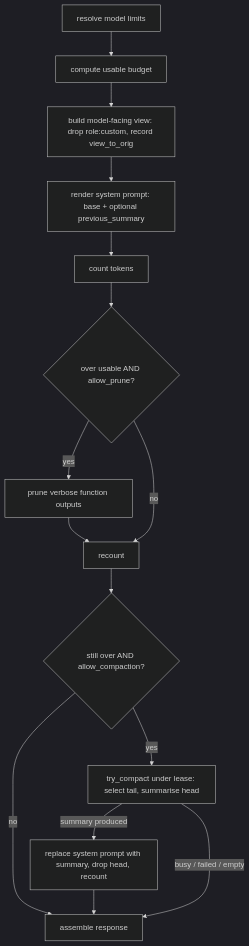
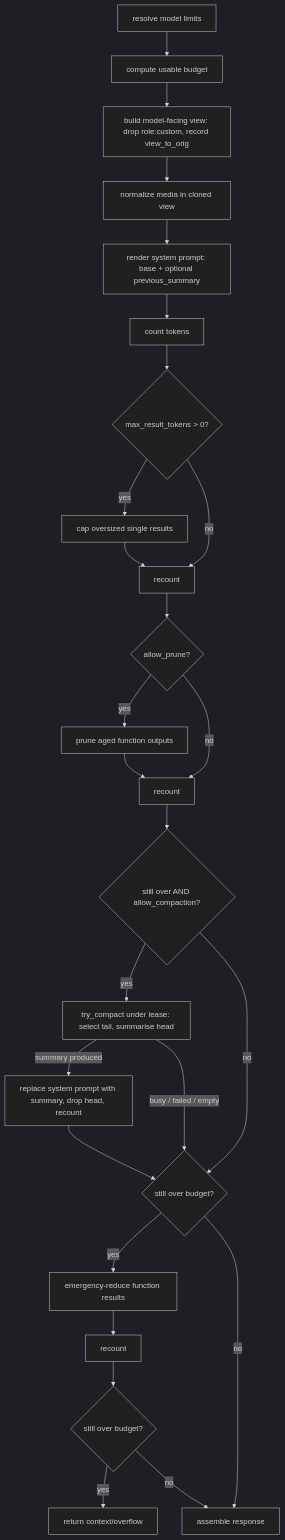
Before and after one commit to iii-hq/workers: the second of 3 diagrams in context-manager/architecture/internals.md, drawn with Mermaid (dark theme). The commit also changed other lines of this file and 33 other files, not shown here.

First line of the commit message:
(MOT-4014) fix(context-manager): bound context growth from function results (#801)

````diff
--- a/context-manager/architecture/internals.md
+++ b/context-manager/architecture/internals.md
@@ -75,15 +75,24 @@
 ```mermaid
 flowchart TD
   A[resolve model limits] --> B[compute usable budget]
   B --> C["build model-facing view: drop role:custom, record view_to_orig"]
-  C --> D["render system prompt: base + optional previous_summary"]
-  D --> E[count tokens]
-  E --> F{over usable AND allow_prune?}
-  F -->|yes| G[prune verbose function outputs] --> H[recount]
-  F -->|no| H
-  H --> I{still over AND allow_compaction?}
-  I -->|yes| J["try_compact under lease: select tail, summarise head"]
-  I -->|no| K[assemble response]
-  J -->|summary produced| L["replace system prompt with summary, drop head, recount"] --> K
-  J -->|busy / failed / empty| K
+  C --> D[normalize media in cloned view]
+  D --> E["render system prompt: base + optional previous_summary"]
+  E --> F[count tokens]
+  F --> G{max_result_tokens > 0?}
+  G -->|yes| H[cap oversized single results] --> I[recount]
+  G -->|no| I
+  I --> J{allow_prune?}
+  J -->|yes| K[prune aged function outputs] --> L[recount]
+  J -->|no| L
+  L --> M{still over AND allow_compaction?}
+  M -->|yes| N["try_compact under lease: select tail, summarise head"]
+  M -->|no| Q{still over budget?}
+  N -->|summary produced| P["replace system prompt with summary, drop head, recount"] --> Q
+  N -->|busy / failed / empty| Q
+  Q -->|yes| R[emergency-reduce function results] --> S[recount]
+  Q -->|no| T[assemble response]
+  S --> U{still over budget?}
+  U -->|yes| V[return context/overflow]
+  U -->|no| T
 ```
````
